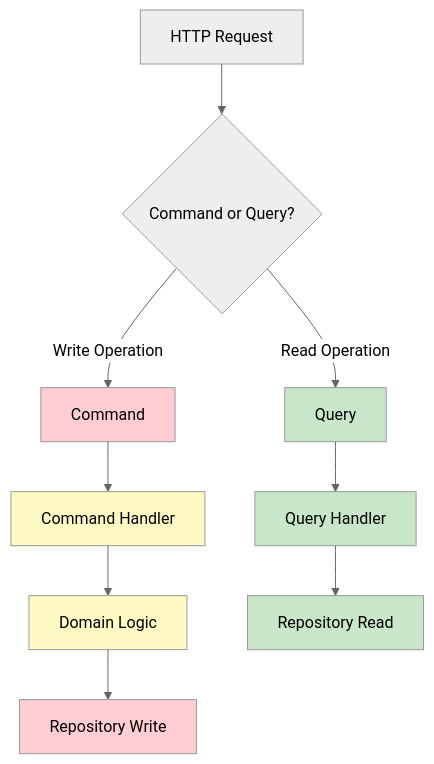
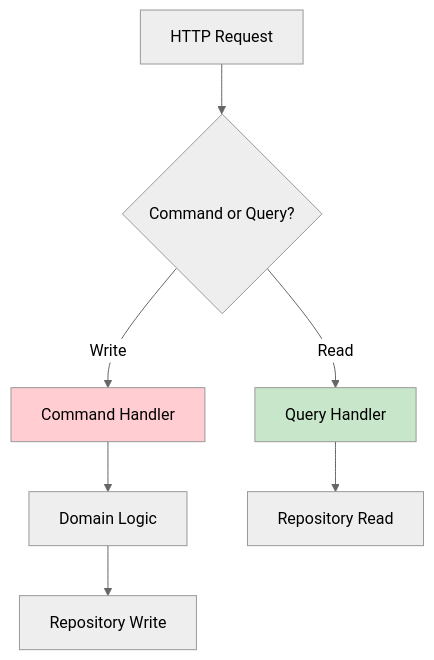
One commit to ali-mahdavi-dev/shikposh-backend changed the second of 4 diagrams in README.md. Above: the diagram before and after it, drawn with Mermaid (neutral theme). The commit also changed other lines of this file, not shown here.

````diff
--- a/README.md
+++ b/README.md
@@ -337,21 +133,12 @@
 ```mermaid
 graph TD
     A[HTTP Request] --> B{Command or Query?}
-    B -->|Write Operation| C[Command]
-    B -->|Read Operation| D[Query]
-
-    C --> E[Command Handler]
-    E --> F[Domain Logic]
-    F --> G[Repository Write]
-
-    D --> H[Query Handler]
-    H --> I[Repository Read]
+    B -->|Write| C[Command Handler]
+    B -->|Read| D[Query Handler]
+    C --> E[Domain Logic]
+    D --> F[Repository Read]
+    E --> G[Repository Write]
 
     style C fill:#ffcdd2
     style D fill:#c8e6c9
-    style E fill:#fff9c4
-    style F fill:#fff9c4
-    style G fill:#ffcdd2
-    style H fill:#c8e6c9
-    style I fill:#c8e6c9
 ```
````
